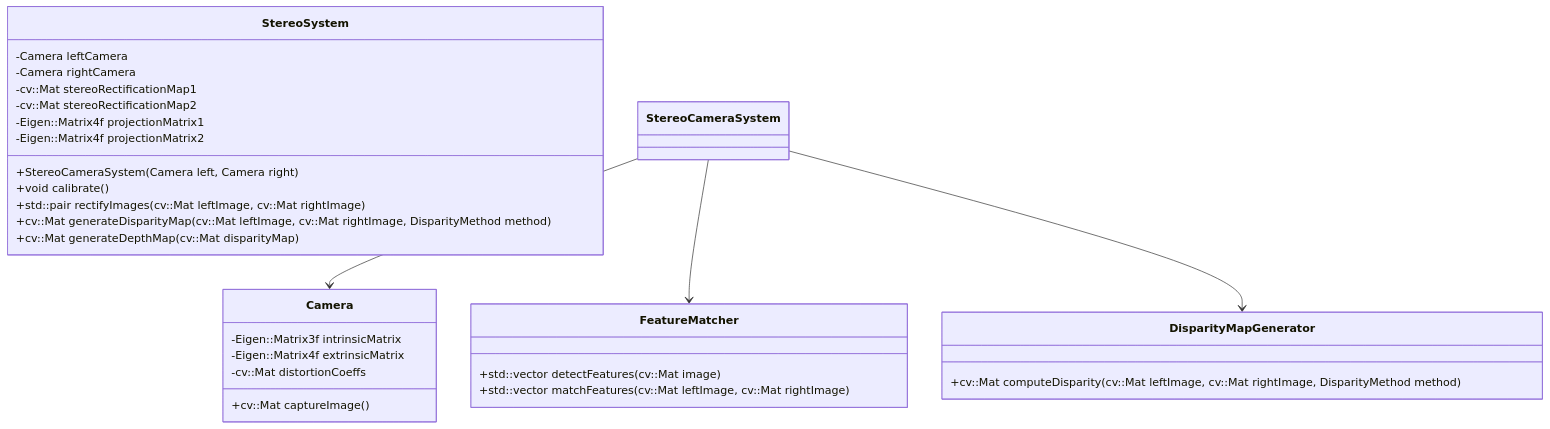
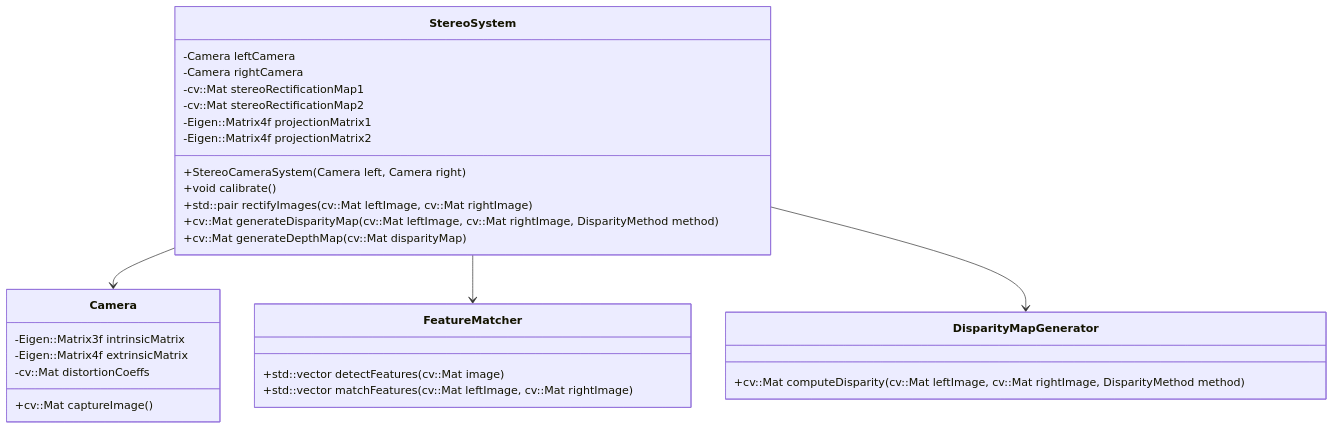
The diagram in README.md (Blattvorhang/Stereo-Camera-and-3D-Point-Cloud), drawn with Mermaid before and after one commit. The commit also changed other lines of this file and 5 other files, not shown here.

Commit message:
stereo camera calibration

````diff
--- a/README.md
+++ b/README.md
@@ -59,36 +59,36 @@
 ```mermaid
 classDiagram
     class Camera {
         -Eigen::Matrix3f intrinsicMatrix
         -Eigen::Matrix4f extrinsicMatrix
         -cv::Mat distortionCoeffs
         +cv::Mat captureImage()
     }
 
     class StereoSystem {
         -Camera leftCamera
         -Camera rightCamera
         -cv::Mat stereoRectificationMap1
         -cv::Mat stereoRectificationMap2
         -Eigen::Matrix4f projectionMatrix1
         -Eigen::Matrix4f projectionMatrix2
         +StereoCameraSystem(Camera left, Camera right)
         +void calibrate()
         +std::pair<cv::Mat, cv::Mat> rectifyImages(cv::Mat leftImage, cv::Mat rightImage)
         +cv::Mat generateDisparityMap(cv::Mat leftImage, cv::Mat rightImage, DisparityMethod method)
         +cv::Mat generateDepthMap(cv::Mat disparityMap)
     }
 
     class FeatureMatcher {
         +std::vector<cv::KeyPoint> detectFeatures(cv::Mat image)
         +std::vector<cv::DMatch> matchFeatures(cv::Mat leftImage, cv::Mat rightImage)
     }
 
     class DisparityMapGenerator {
         +cv::Mat computeDisparity(cv::Mat leftImage, cv::Mat rightImage, DisparityMethod method)
     }
 
-    StereoCameraSystem --> Camera
-    StereoCameraSystem --> FeatureMatcher
-    StereoCameraSystem --> DisparityMapGenerator
+    StereoSystem --> Camera
+    StereoSystem --> FeatureMatcher
+    StereoSystem --> DisparityMapGenerator
 ```
````
